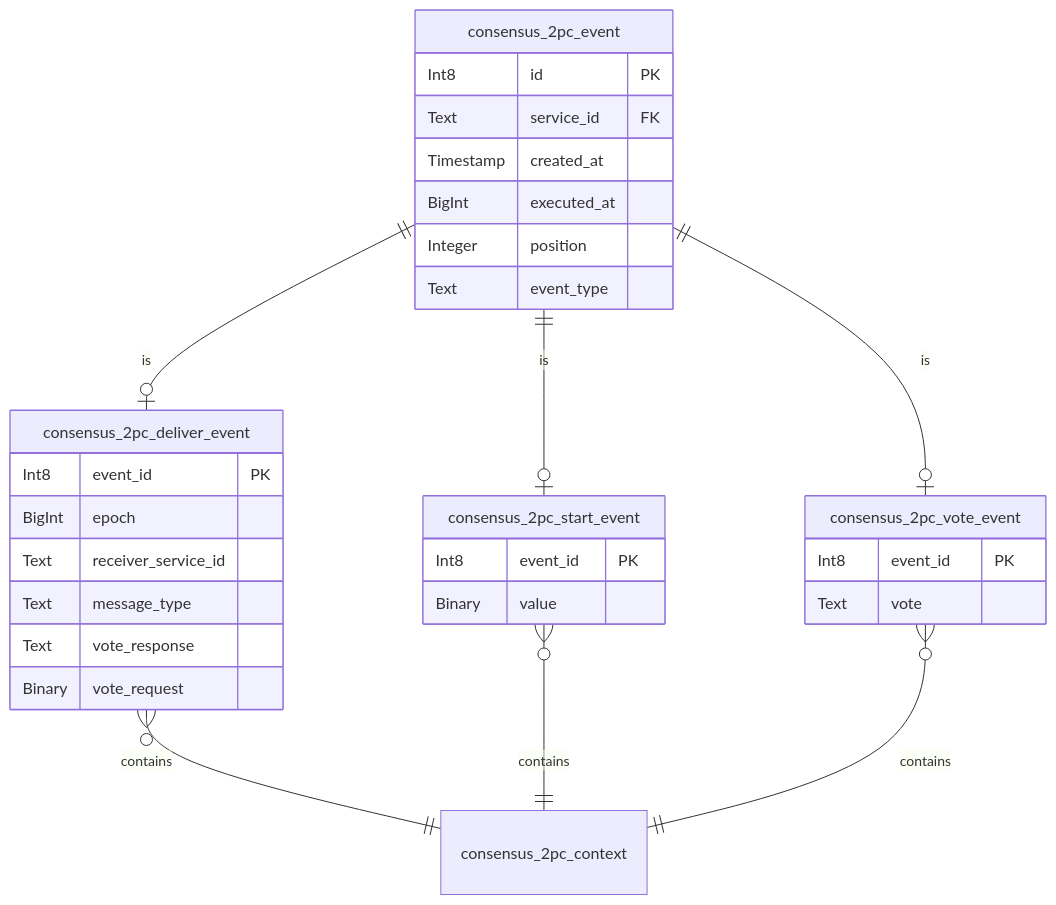
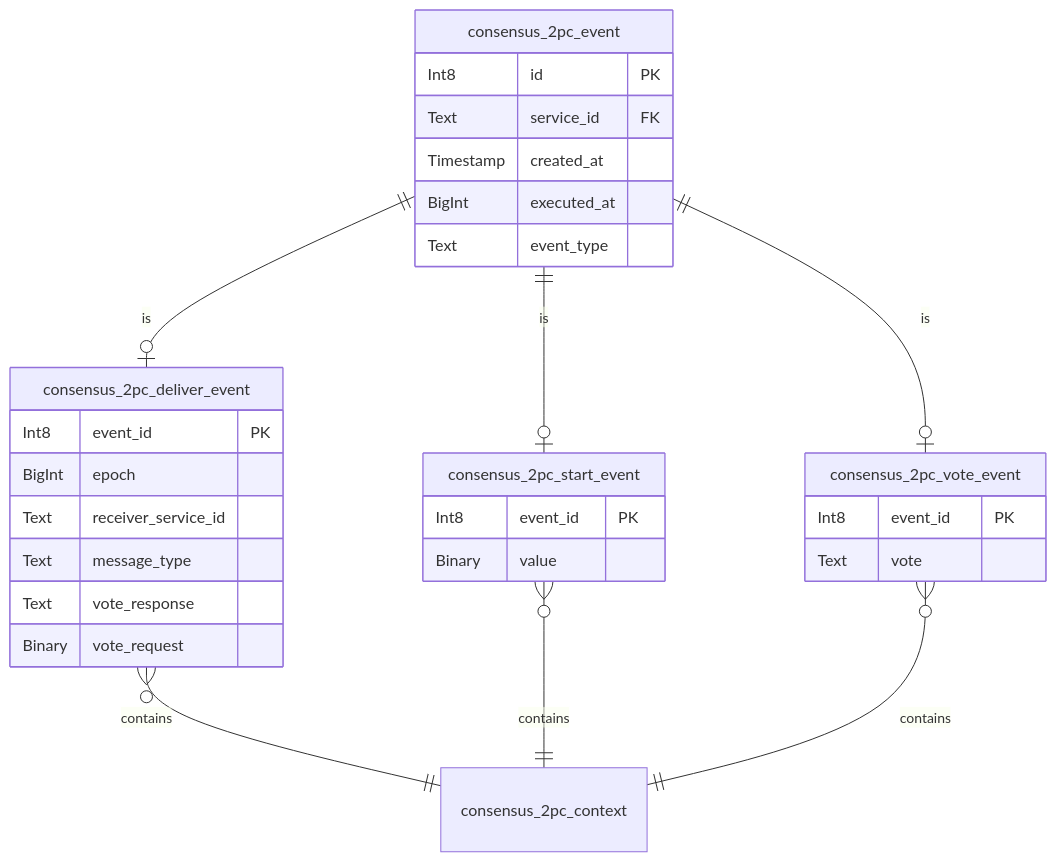
One commit to Cargill/splinter-docs changed the fourth of 4 diagrams in community/planning/splinter_v0.7_database.md. Above: the diagram before and after it, drawn with Mermaid. The commit also changed other lines of this file, not shown here.

First line of the commit message:
Update database doc - remove position column

```diff
--- a/community/planning/splinter_v0.7_database.md
+++ b/community/planning/splinter_v0.7_database.md
@@ -266,39 +265,38 @@
 <div class="mermaid">
 erDiagram
     consensus_2pc_event {
          Int8 id PK
          Text service_id FK
          Timestamp created_at
          BigInt executed_at
-         Integer position
          Text event_type
     }
 
     consensus_2pc_deliver_event {
         Int8 event_id PK
         BigInt epoch
         Text receiver_service_id
         Text message_type
         Text vote_response
         Binary vote_request
     }
 
     consensus_2pc_event ||--o| consensus_2pc_deliver_event: is
     consensus_2pc_deliver_event }o--|| consensus_2pc_context: contains
 
     consensus_2pc_start_event {
         Int8 event_id PK
         Binary value
     }
 
     consensus_2pc_event ||--o| consensus_2pc_start_event: is
     consensus_2pc_start_event }o--|| consensus_2pc_context: contains
 
     consensus_2pc_vote_event {
         Int8 event_id PK
         Text vote
     }
 
     consensus_2pc_event ||--o| consensus_2pc_vote_event: is
     consensus_2pc_vote_event }o--|| consensus_2pc_context: contains
 </div>
```
